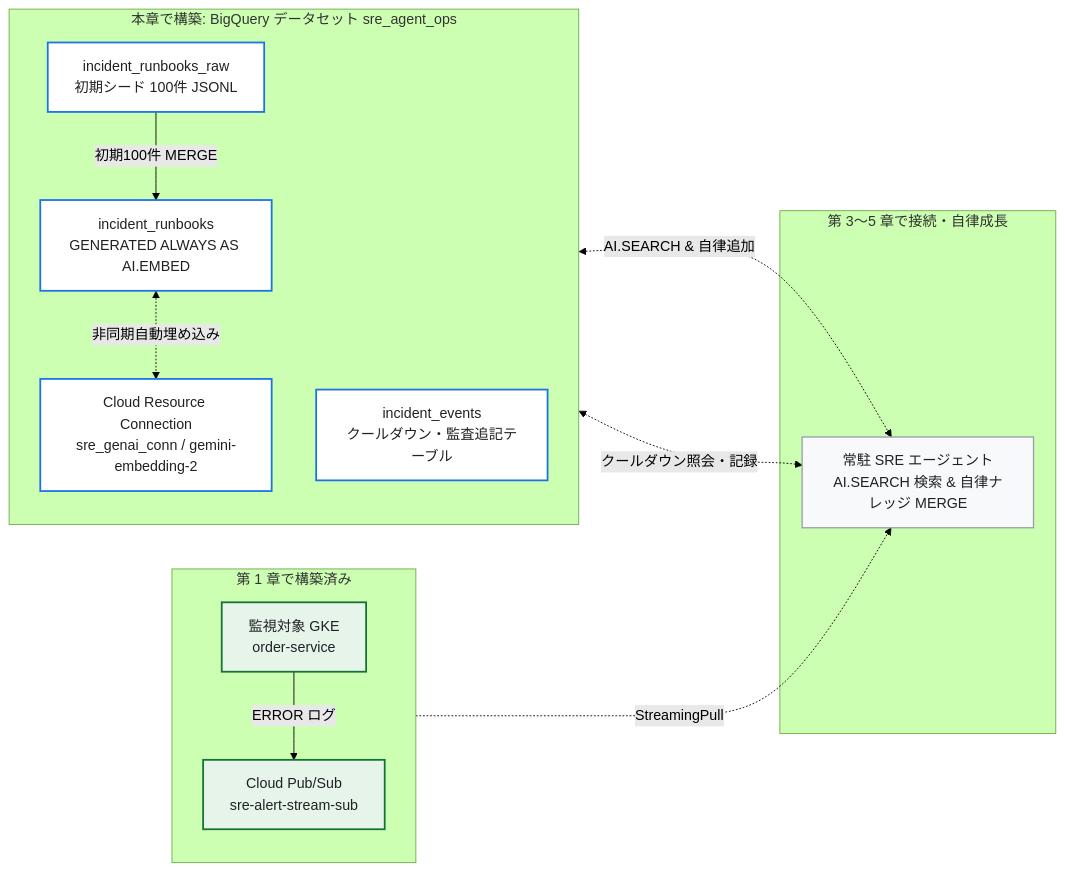
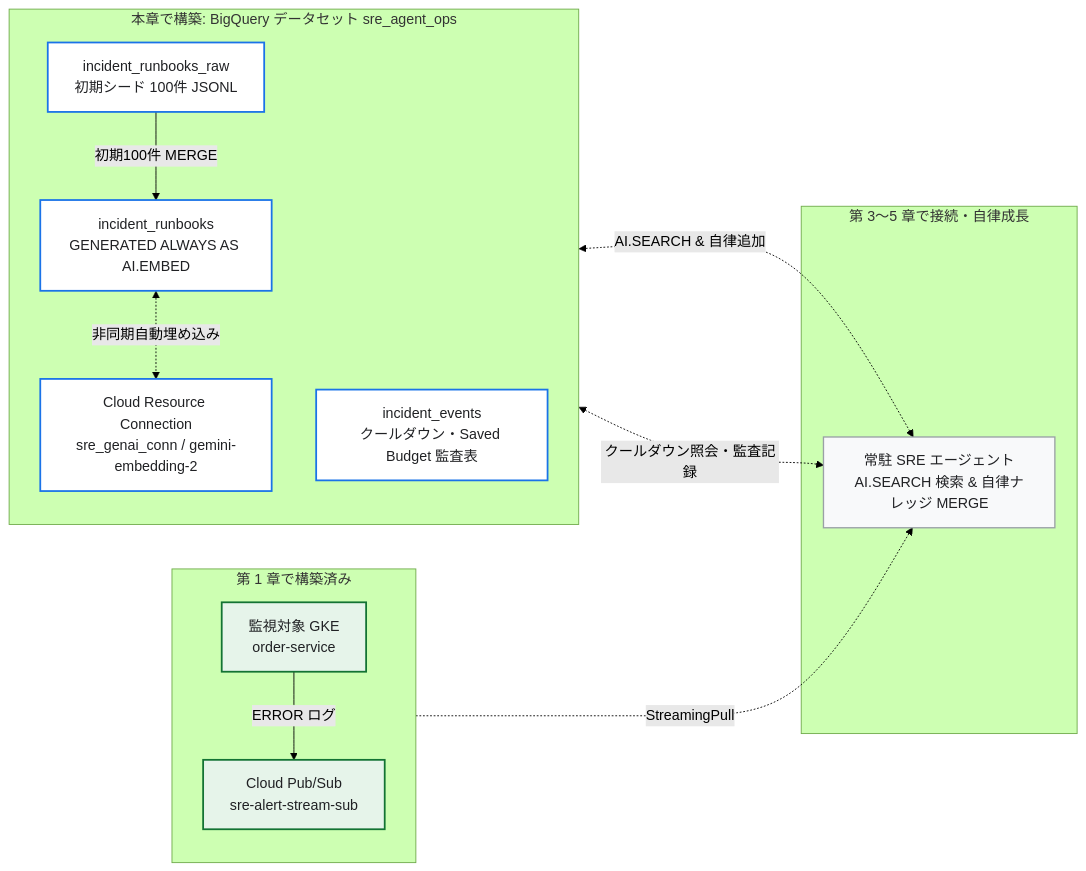
Before and after one commit to tyorikan/agentic-sre-handson: the first of 2 diagrams in docs/02-bigquery-vector-kb.md, drawn with Mermaid (forest theme). The commit also changed other lines of this file and 27 other files, not shown here.

````diff
--- a/docs/02-bigquery-vector-kb.md
+++ b/docs/02-bigquery-vector-kb.md
@@ -17,29 +17,29 @@
 ```mermaid
 flowchart LR
     subgraph Prev["第 1 章で構築済み"]
         direction TB
         GKE["監視対象 GKE<br/>order-service"] -->|"ERROR ログ"| PS["Cloud Pub/Sub<br/>sre-alert-stream-sub"]
     end
 
     subgraph Now["本章で構築: BigQuery データセット sre_agent_ops"]
         direction TB
         Raw["incident_runbooks_raw<br/>初期シード 100件 JSONL"] -->|"初期100件 MERGE"| VecTable["incident_runbooks<br/>GENERATED ALWAYS AS AI.EMBED"]
         VecTable <-.->|"非同期自動埋め込み"| Conn["Cloud Resource Connection<br/>sre_genai_conn / gemini-embedding-2"]
-        EventTable["incident_events<br/>クールダウン・監査追記テーブル"]
+        EventTable["incident_events<br/>クールダウン・Saved Budget 監査表"]
     end
 
     subgraph Next["第 3〜5 章で接続・自律成長"]
         Agent["常駐 SRE エージェント<br/>AI.SEARCH 検索 & 自律ナレッジ MERGE"]
     end
 
     PS -.->|"StreamingPull"| Agent
     VecTable <-.->|"AI.SEARCH & 自律追加"| Agent
-    EventTable <-.->|"クールダウン照会・記録"| Agent
+    EventTable <-.->|"クールダウン照会・監査記録"| Agent
 
     classDef done fill:#e6f4ea,stroke:#137333,stroke-width:2px,color:#202124;
     classDef current fill:#ffffff,stroke:#1a73e8,stroke-width:2px,color:#202124;
     classDef future fill:#f8f9fa,stroke:#9aa0a6,stroke-width:1.5px,color:#202124;
     class GKE,PS done;
     class Raw,Conn,VecTable,EventTable current;
     class Agent future;
 ```
````
